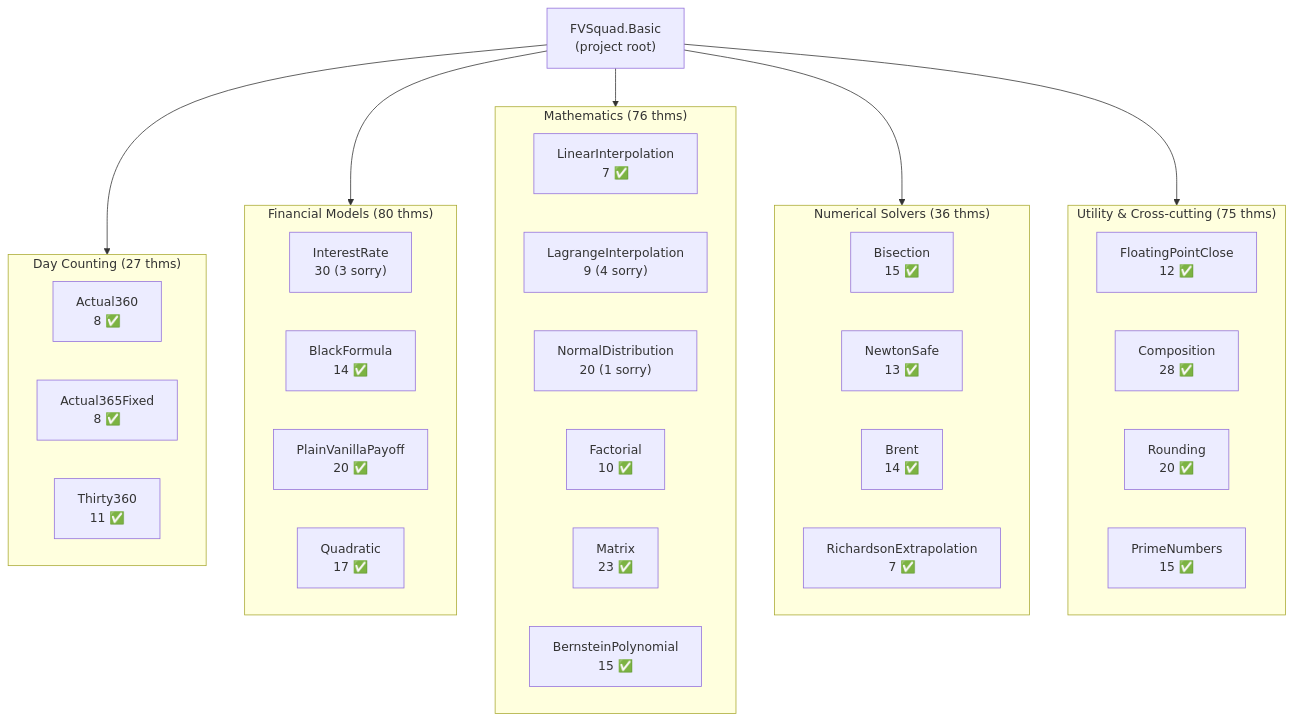
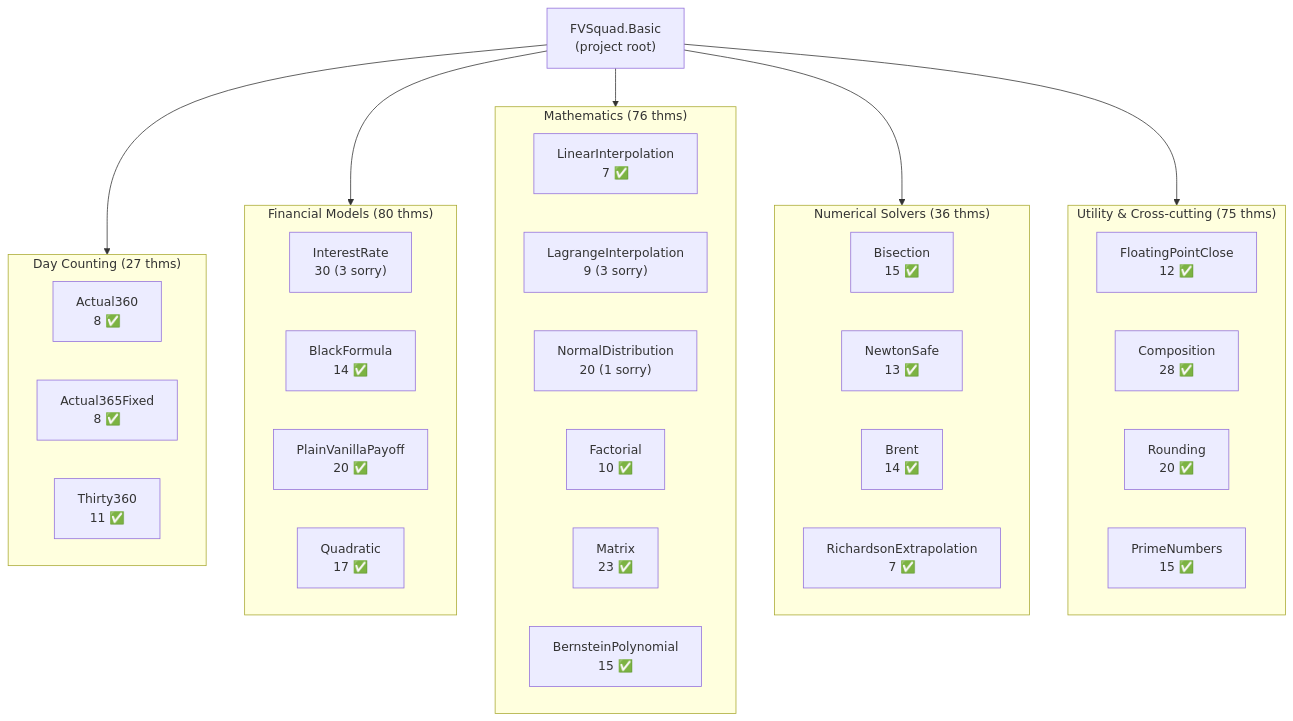
One commit to dsyme/QuantLib changed the first of 8 diagrams in formal-verification/REPORT.md. Above: the diagram before and after it, drawn with Mermaid. The commit also changed other lines of this file and 1 other file, not shown here.

First line of the commit message:
feat(fv): prove linearity theorem (LagrangeInterpolation), update REPORT

````diff
--- a/formal-verification/REPORT.md
+++ b/formal-verification/REPORT.md
@@ -21,40 +21,40 @@
 ```mermaid
 graph TD
     A["FVSquad.Basic<br/>(project root)"]
     subgraph DayCounting["Day Counting (27 thms)"]
       B["Actual360<br/>8 ✅"]
       B2["Actual365Fixed<br/>8 ✅"]
       E["Thirty360<br/>11 ✅"]
     end
     subgraph Finance["Financial Models (80 thms)"]
       C["InterestRate<br/>30 (3 sorry)"]
       BF["BlackFormula<br/>14 ✅"]
       PV["PlainVanillaPayoff<br/>20 ✅"]
       Q["Quadratic<br/>17 ✅"]
     end
     subgraph Math["Mathematics (76 thms)"]
       D["LinearInterpolation<br/>7 ✅"]
-      LG["LagrangeInterpolation<br/>9 (4 sorry)"]
+      LG["LagrangeInterpolation<br/>9 (3 sorry)"]
       F["NormalDistribution<br/>20 (1 sorry)"]
       G["Factorial<br/>10 ✅"]
       M["Matrix<br/>23 ✅"]
       BP["BernsteinPolynomial<br/>15 ✅"]
     end
     subgraph Solvers["Numerical Solvers (36 thms)"]
       H["Bisection<br/>15 ✅"]
       NS["NewtonSafe<br/>13 ✅"]
       BR["Brent<br/>14 ✅"]
       RE["RichardsonExtrapolation<br/>7 ✅"]
     end
     subgraph Utility["Utility & Cross-cutting (75 thms)"]
       FC["FloatingPointClose<br/>12 ✅"]
       CO["Composition<br/>28 ✅"]
       RD["Rounding<br/>20 ✅"]
       PN["PrimeNumbers<br/>15 ✅"]
     end
     A --> DayCounting
     A --> Finance
     A --> Math
     A --> Solvers
     A --> Utility
 ```
````
